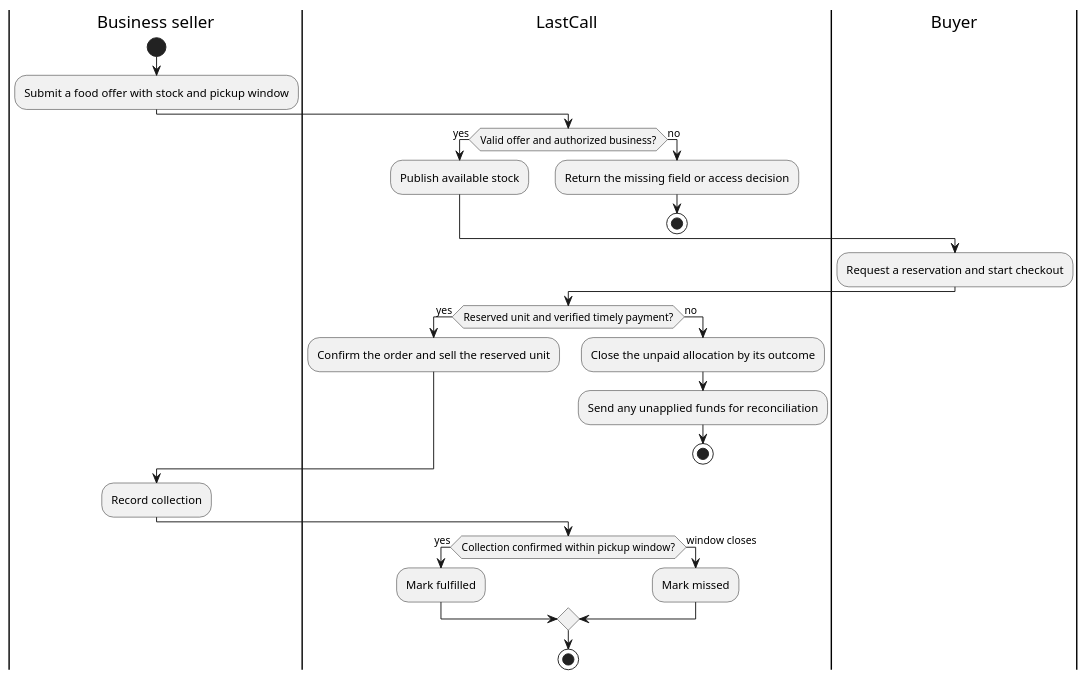
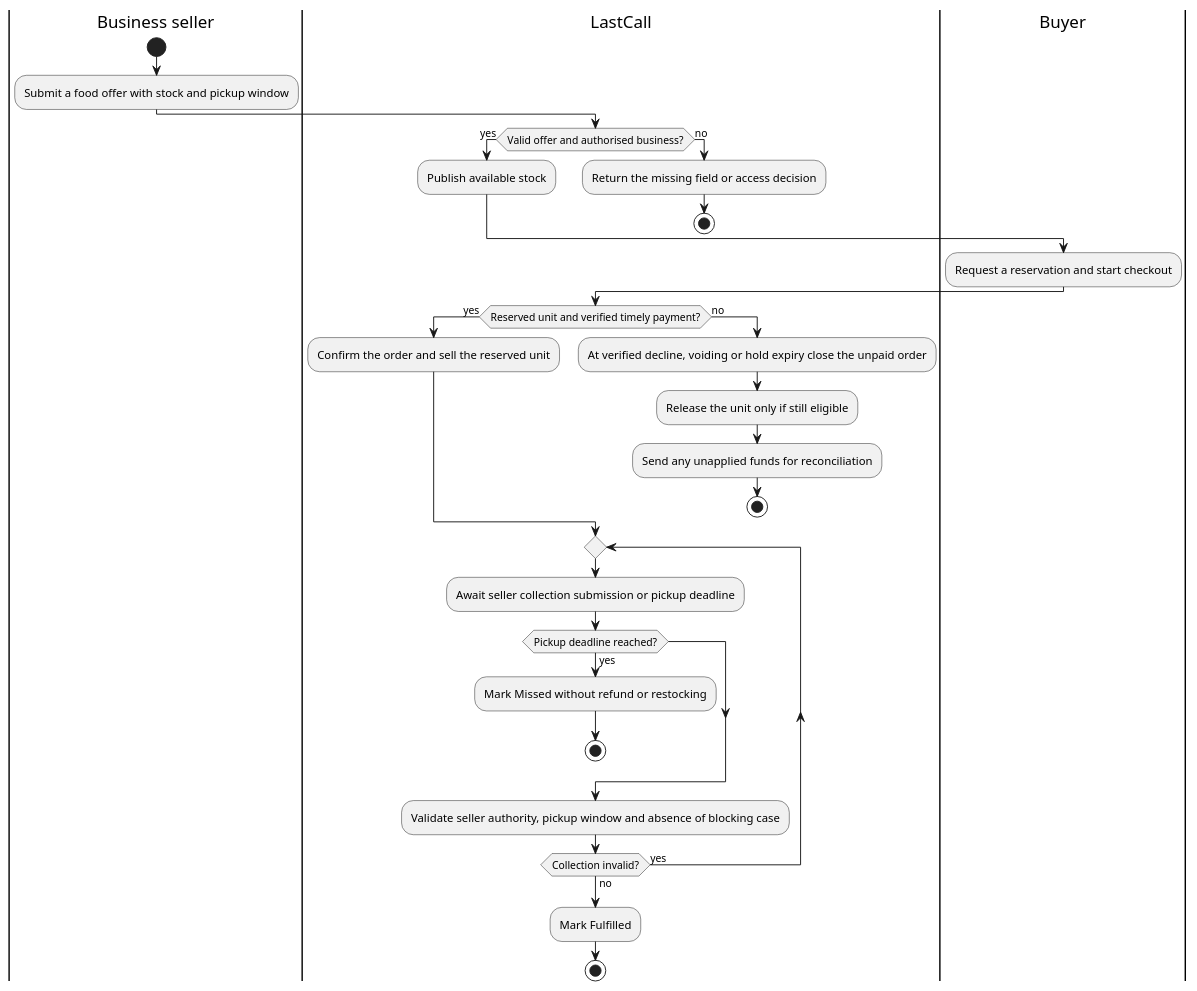
The eighth of 19 diagrams in docs/05-srs/SRS.md (aunabil-abtahi/lastcall-sad), drawn with PlantUML before and after one commit. The commit also changed other lines of this file, not shown here.

````diff
--- a/docs/05-srs/SRS.md
+++ b/docs/05-srs/SRS.md
@@ -601,33 +693,36 @@
 ```plantuml
 @startuml
 |Business seller|
 start
 :Submit a food offer with stock and pickup window;
 |LastCall|
-if (Valid offer and authorized business?) then (yes)
+if (Valid offer and authorised business?) then (yes)
   :Publish available stock;
 else (no)
   :Return the missing field or access decision;
   stop
 endif
 |Buyer|
 :Request a reservation and start checkout;
 |LastCall|
 if (Reserved unit and verified timely payment?) then (yes)
   :Confirm the order and sell the reserved unit;
 else (no)
-  :Close the unpaid allocation by its outcome;
+  :At verified decline, voiding or hold expiry close the unpaid order;
+  :Release the unit only if still eligible;
   :Send any unapplied funds for reconciliation;
   stop
 endif
-|Business seller|
-:Record collection;
 |LastCall|
-if (Collection confirmed within pickup window?) then (yes)
-  :Mark fulfilled;
-else (window closes)
-  :Mark missed;
-endif
+repeat
+  :Await seller collection submission or pickup deadline;
+  if (Pickup deadline reached?) then (yes)
+    :Mark Missed without refund or restocking;
+    stop
+  endif
+  :Validate seller authority, pickup window and absence of blocking case;
+repeat while (Collection invalid?) is (yes) not (no)
+:Mark Fulfilled;
 stop
 @enduml
 ```
````
